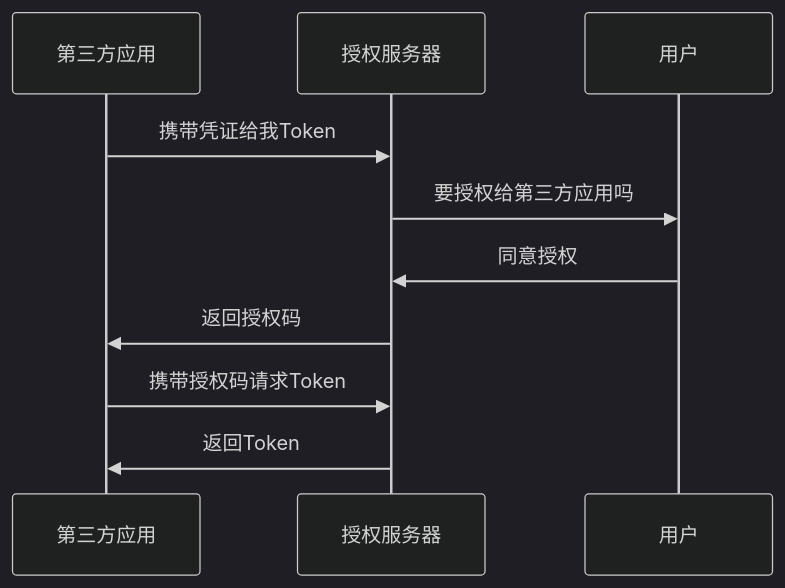
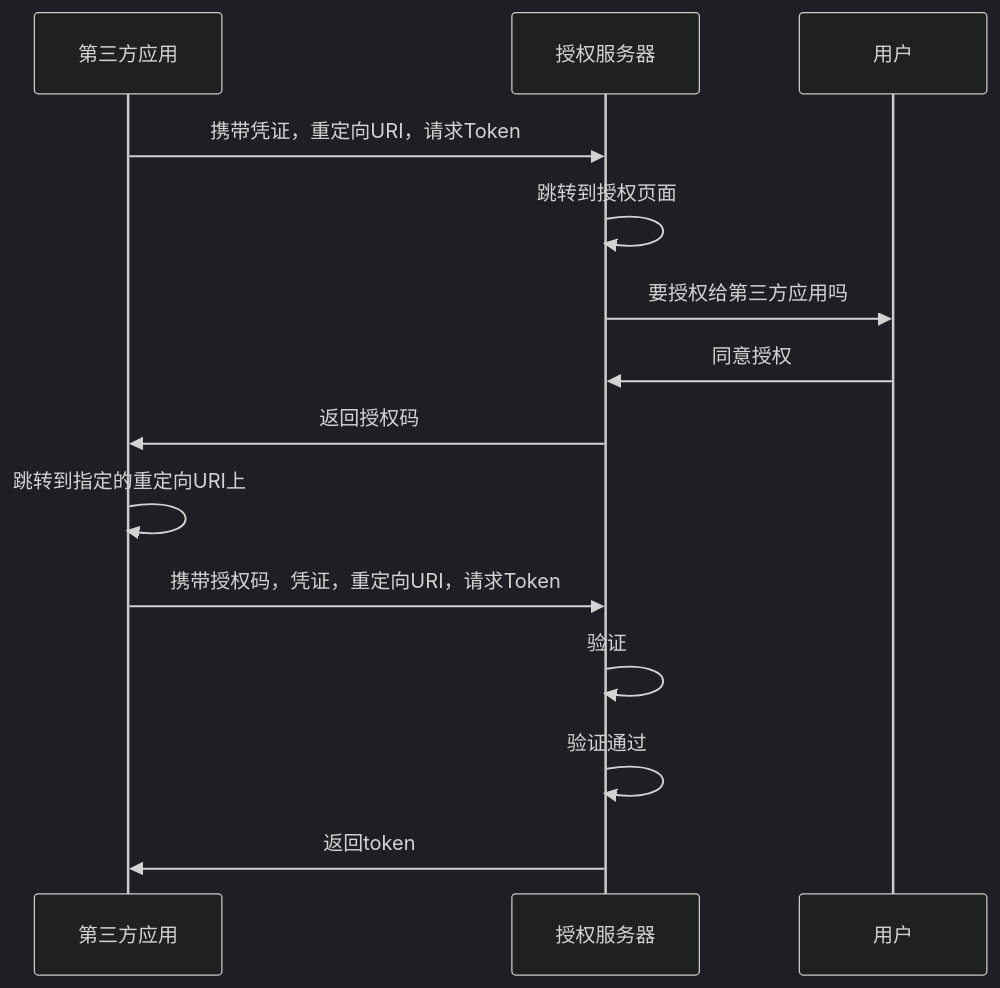
Before and after one commit to poppop9/obsidian: the fourth of 4 diagrams in 计算机/JavaWeb/后端/Spring Security/4-1 OAuth 2.md, drawn with Mermaid (dark theme). The commit also changed other lines of this file and 2 other files, not shown here.

Commit message:
vault backup: 2024-05-13 00:43:02

````diff
--- a/计算机/JavaWeb/后端/Spring Security/4-1 OAuth 2.md
+++ b/计算机/JavaWeb/后端/Spring Security/4-1 OAuth 2.md
@@ -85,13 +85,17 @@
 ```mermaid
 sequenceDiagram
 	participant D as 第三方应用
 	participant S as 授权服务器
 	participant Y as 用户
 
-	D->>S: 携带凭证给我Token
+	D->>S: 携带凭证，重定向URI，请求Token
+	S->>S: 跳转到授权页面
 	S->>Y: 要授权给第三方应用吗
 	Y->>S: 同意授权
 	S->>D: 返回授权码
-	D->>S: 携带授权码请求Token
-	S->>D: 返回Token
+	D->>D: 跳转到指定的重定向URI上
+	D->>S: 携带授权码，凭证，重定向URI，请求Token
+	S->>S: 验证
+	S->>S: 验证通过
+	S->>D: 返回token
 ```
````
